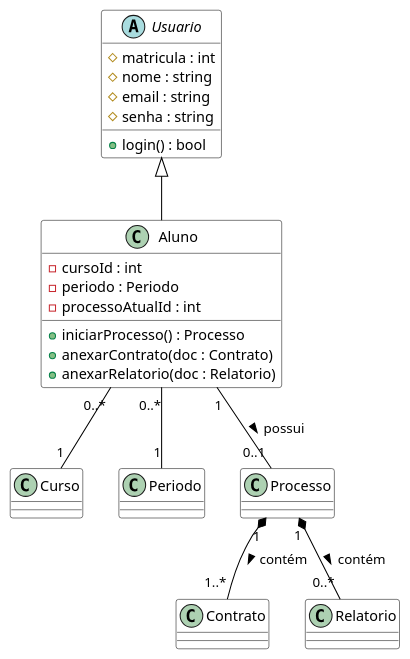
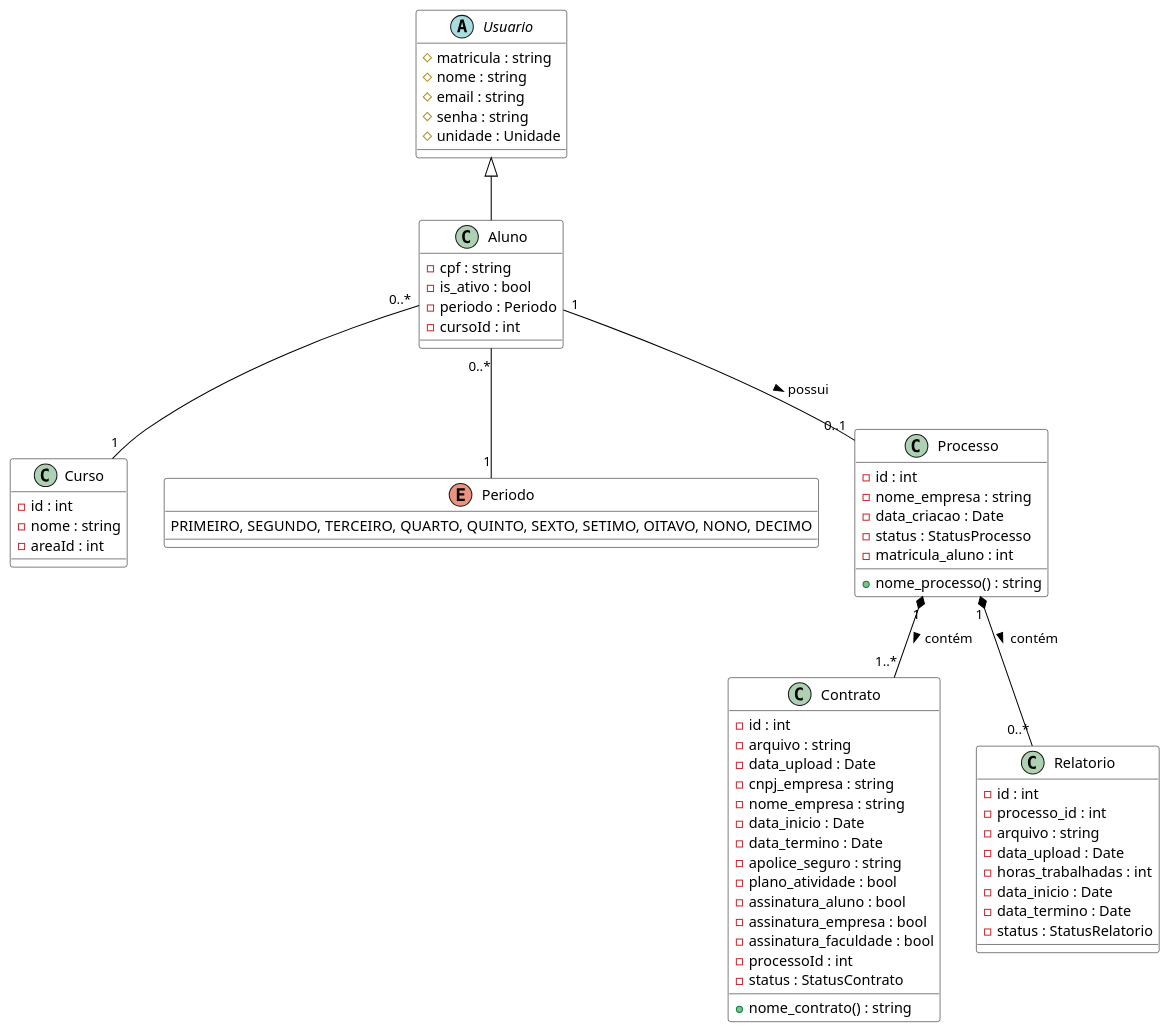
Before and after one commit to Projetos-de-Extensao/PBE_26.1_8002_III: the diagram in docs/assets/Diagramas/src/diagrama_classes_aluno.puml, drawn with PlantUML. The commit also changed 7 other files, not shown here.

```diff
--- a/docs/assets/Diagramas/src/diagrama_classes_aluno.puml
+++ b/docs/assets/Diagramas/src/diagrama_classes_aluno.puml
@@ -1,50 +1,81 @@
 @startuml
 
 ' --- Estilos ---
 skinparam class {
     BackgroundColor White
     ArrowColor Black
     BorderColor Black
 }
 
 ' --- Classes Relevantes ---
 abstract class Usuario {
-    # matricula : int
+    # matricula : string
     # nome : string
     # email : string
     # senha : string
-    + login() : bool
+    # unidade : Unidade
 }
 
 class Aluno extends Usuario {
+    - cpf : string
+    - is_ativo : bool
+    - periodo : Periodo
     - cursoId : int
-    - periodo : Periodo
-    - processoAtualId : int
-    + iniciarProcesso() : Processo
-    + anexarContrato(doc : Contrato)
-    + anexarRelatorio(doc : Relatorio)
 }
 
 class Curso {
+    - id : int
+    - nome : string
+    - areaId : int
 }
 
-class Periodo {
+enum Periodo {
+    PRIMEIRO, SEGUNDO, TERCEIRO, QUARTO, QUINTO, SEXTO, SETIMO, OITAVO, NONO, DECIMO
 }
 
 class Processo {
+    - id : int
+    - nome_empresa : string
+    - data_criacao : Date
+    - status : StatusProcesso
+    - matricula_aluno : int
+    + nome_processo() : string
 }
 
 class Contrato {
+    - id : int
+    - arquivo : string
+    - data_upload : Date
+    - cnpj_empresa : string
+    - nome_empresa : string
+    - data_inicio : Date
+    - data_termino : Date
+    - apolice_seguro : string
+    - plano_atividade : bool
+    - assinatura_aluno : bool
+    - assinatura_empresa : bool
+    - assinatura_faculdade : bool
+    - processoId : int
+    - status : StatusContrato
+    + nome_contrato() : string
 }
 
 class Relatorio {
+    - id : int
+    - processo_id : int
+    - arquivo : string
+    - data_upload : Date
+    - horas_trabalhadas : int
+    - data_inicio : Date
+    - data_termino : Date
+    - status : StatusRelatorio
 }
 
 ' --- Relacionamentos ---
 Aluno "0..*" -- "1" Curso
 Aluno "0..*" -- "1" Periodo
 Aluno "1" -- "0..1" Processo : possui >
 Processo "1" *-- "1..*" Contrato : contém >
 Processo "1" *-- "0..*" Relatorio : contém >
 
 @enduml
```
